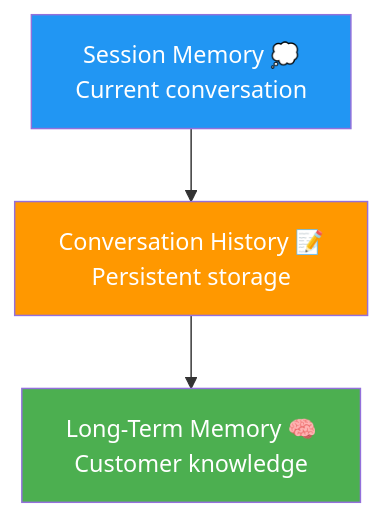
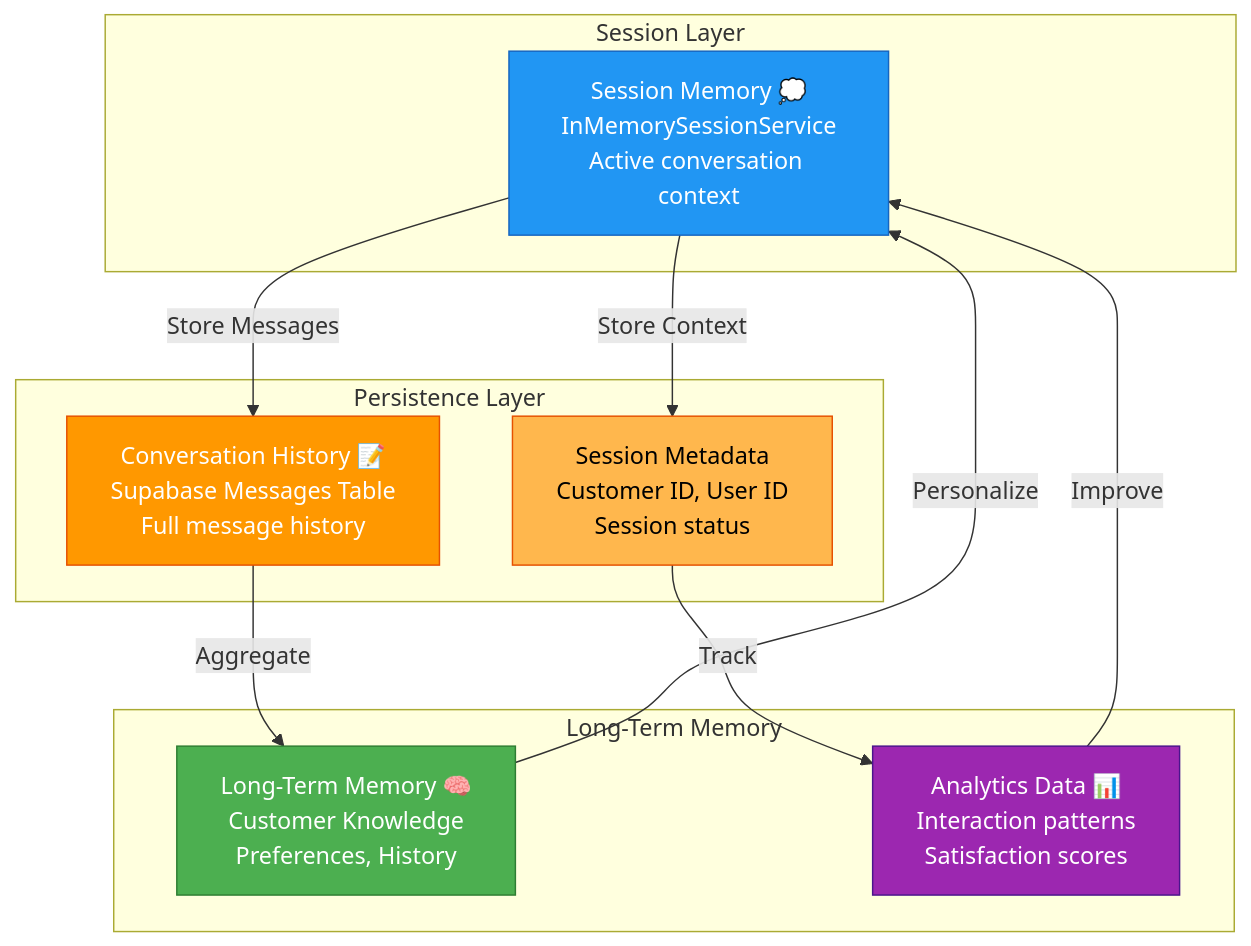
The fourth of 4 diagrams in README.md (Rayyan-Oumlil/CustoFlow), drawn with Mermaid before and after one commit. The commit also changed other lines of this file and 19 other files, not shown here.

Commit message:
Add features diagram, update README with improved Mermaid diagrams, organize assets, and finalize documentation for Kaggle submission

````diff
--- a/README.md
+++ b/README.md
@@ -188,9 +338,29 @@
 ```mermaid
 graph TB
-    Session[Session Memory 💭<br/>Current conversation] --> History[Conversation History 📝<br/>Persistent storage]
-    History --> LongTerm[Long-Term Memory 🧠<br/>Customer knowledge]
+    subgraph "Session Layer"
+        Session[Session Memory 💭<br/>InMemorySessionService<br/>Active conversation context]
+    end
     
-    style Session fill:#2196F3,color:#fff
-    style History fill:#FF9800,color:#fff
-    style LongTerm fill:#4CAF50,color:#fff
+    subgraph "Persistence Layer"
+        History[Conversation History 📝<br/>Supabase Messages Table<br/>Full message history]
+        Metadata[Session Metadata<br/>Customer ID, User ID<br/>Session status]
+    end
+    
+    subgraph "Long-Term Memory"
+        LongTerm[Long-Term Memory 🧠<br/>Customer Knowledge<br/>Preferences, History]
+        Analytics[Analytics Data 📊<br/>Interaction patterns<br/>Satisfaction scores]
+    end
+    
+    Session -->|Store Messages| History
+    Session -->|Store Context| Metadata
+    History -->|Aggregate| LongTerm
+    Metadata -->|Track| Analytics
+    LongTerm -->|Personalize| Session
+    Analytics -->|Improve| Session
+  
+    style Session fill:#2196F3,stroke:#1565C0,color:#fff
+    style History fill:#FF9800,stroke:#E65100,color:#fff
+    style Metadata fill:#FFB74D,stroke:#E65100,color:#000
+    style LongTerm fill:#4CAF50,stroke:#2E7D32,color:#fff
+    style Analytics fill:#9C27B0,stroke:#4A148C,color:#fff
 ```
````
